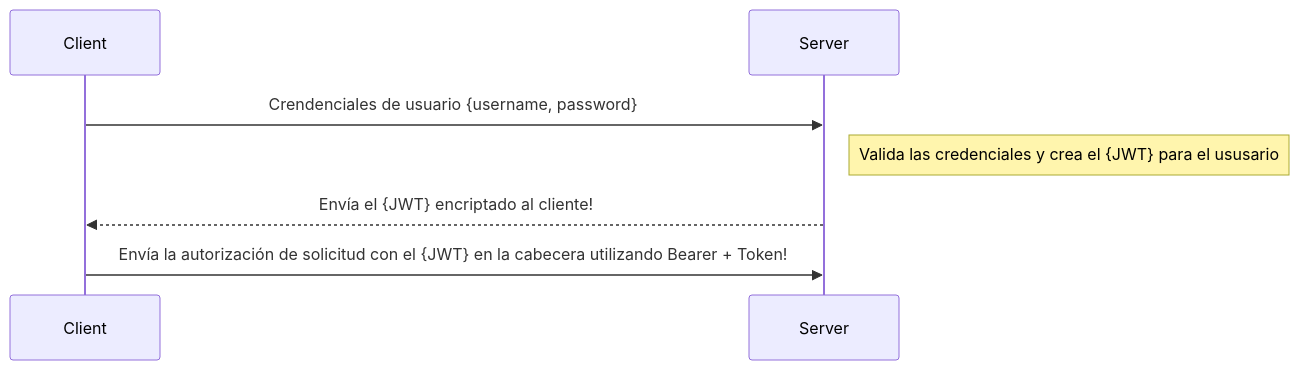
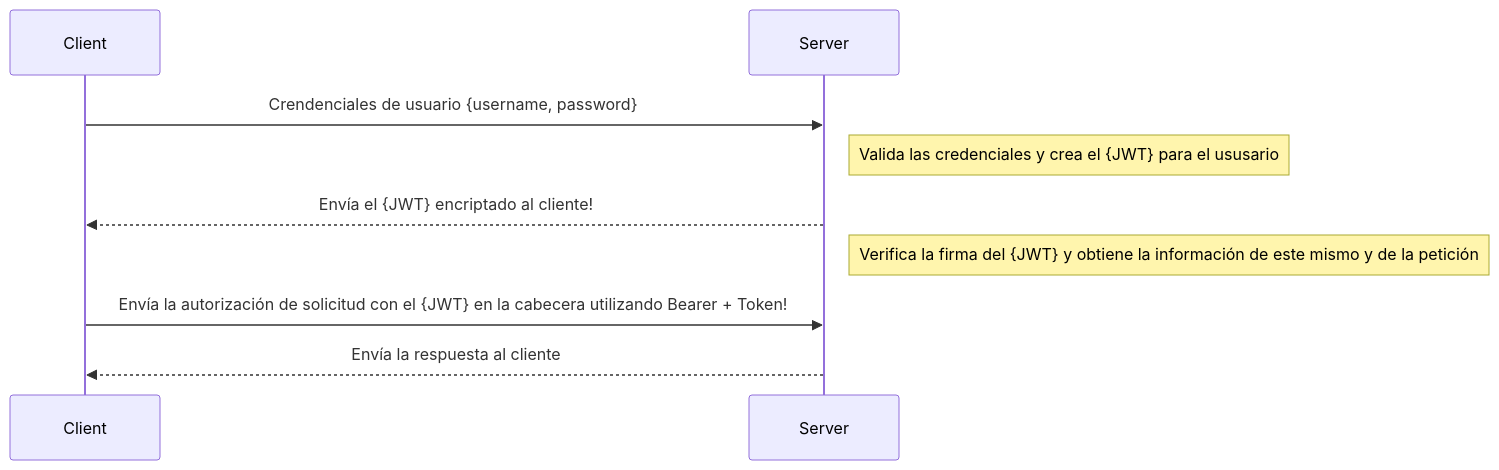
Before and after one commit to Mr-Machine98/final-project: the diagram in README.md, drawn with Mermaid.

````diff
--- a/README.md
+++ b/README.md
@@ -26,7 +26,9 @@
  ```mermaid
   sequenceDiagram
       Client->>Server: Crendenciales de usuario {username, password}
       Note right of Server: Valida las credenciales y crea el {JWT} para el ususario 
       Server-->>Client: Envía el {JWT} encriptado al cliente!
+      Note right of Server: Verifica la firma del {JWT} y obtiene la información de este mismo y de la petición
       Client->>Server: Envía la autorización de solicitud con el {JWT} en la cabecera utilizando Bearer + Token!
+      Server-->>Client: Envía la respuesta al cliente
   ```
````
